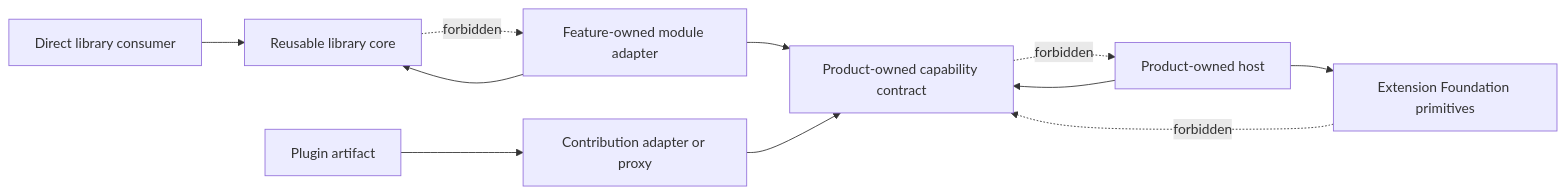
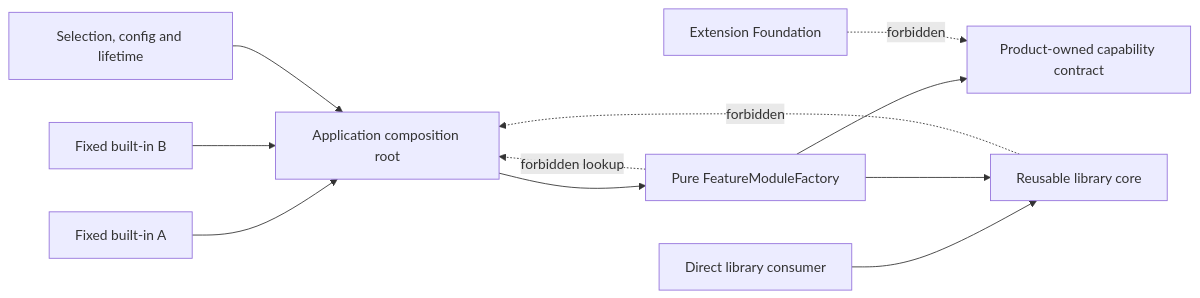
Before and after one commit to agent-teams-ai/extension-foundation: the diagram in docs/qualification/universal-module-extension-system/invariant-map.md, drawn with Mermaid. The commit also changed other lines of this file and 24 other files, not shown here.

Commit message:
docs(qualification): harden module architecture evidence

````diff
--- a/docs/qualification/universal-module-extension-system/invariant-map.md
+++ b/docs/qualification/universal-module-extension-system/invariant-map.md
@@ -18,14 +19,14 @@
 ```mermaid
 flowchart LR
+    BuiltInA["Fixed built-in A"] --> Root["Application composition root"]
+    BuiltInB["Fixed built-in B"] --> Root
+    Config["Selection, config and lifetime"] --> Root
+    Root --> Factory["Pure FeatureModuleFactory"]
+    Factory --> Contract["Product-owned capability contract"]
     Consumer["Direct library consumer"] --> Core["Reusable library core"]
-    Module["Feature-owned module adapter"] --> Core
-    Module --> Contract["Product-owned capability contract"]
-    Artifact["Plugin artifact"] --> Contribution["Contribution adapter or proxy"]
-    Contribution --> Contract
-    Host["Product-owned host"] --> Foundation["Extension Foundation primitives"]
-    Host --> Contract
+    Factory --> Core
 
-    Foundation -. forbidden .-> Contract
-    Core -. forbidden .-> Module
-    Contract -. forbidden .-> Host
+    Foundation["Extension Foundation"] -. forbidden .-> Contract
+    Core -. forbidden .-> Root
+    Factory -. forbidden lookup .-> Root
 ```
````
